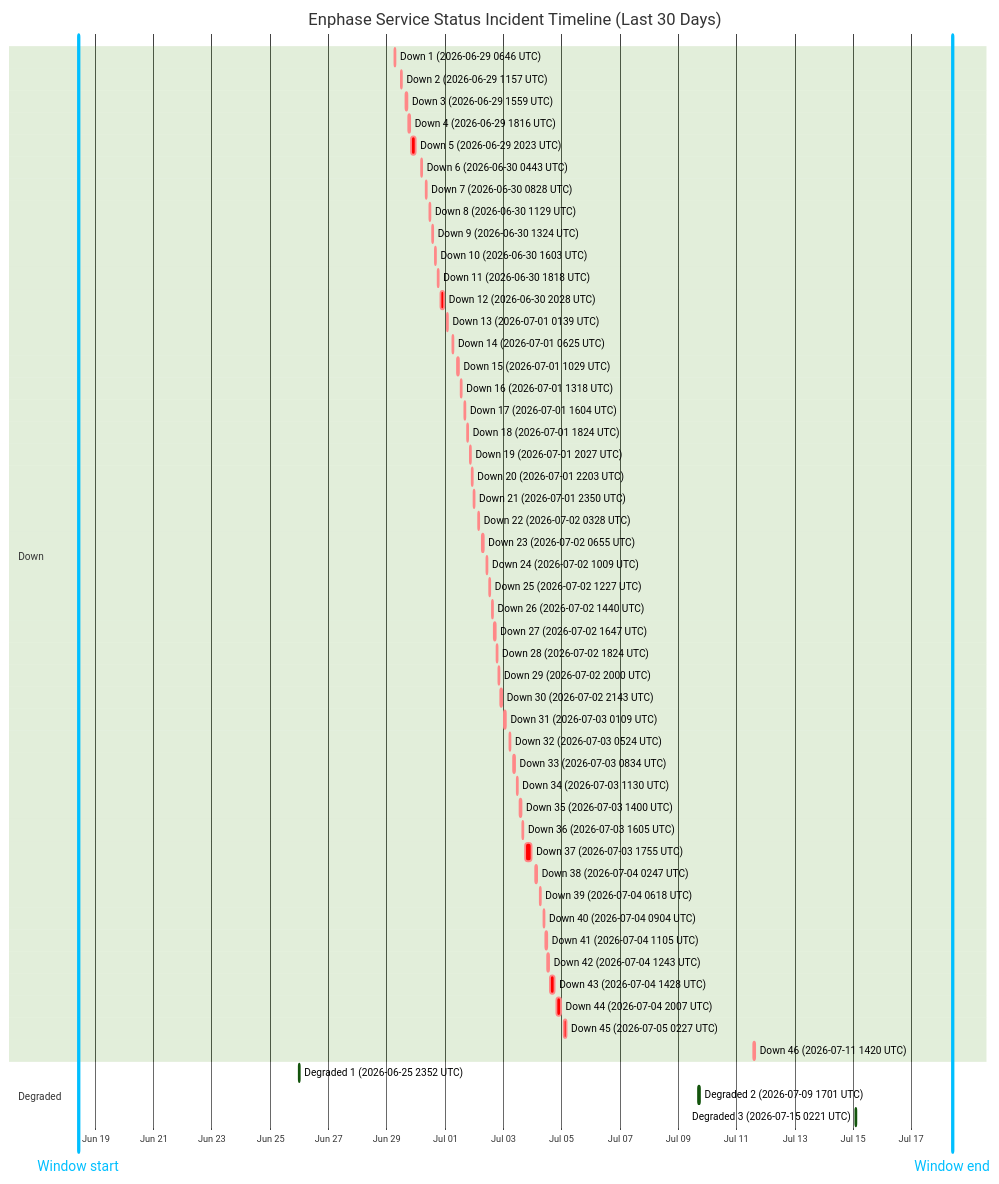
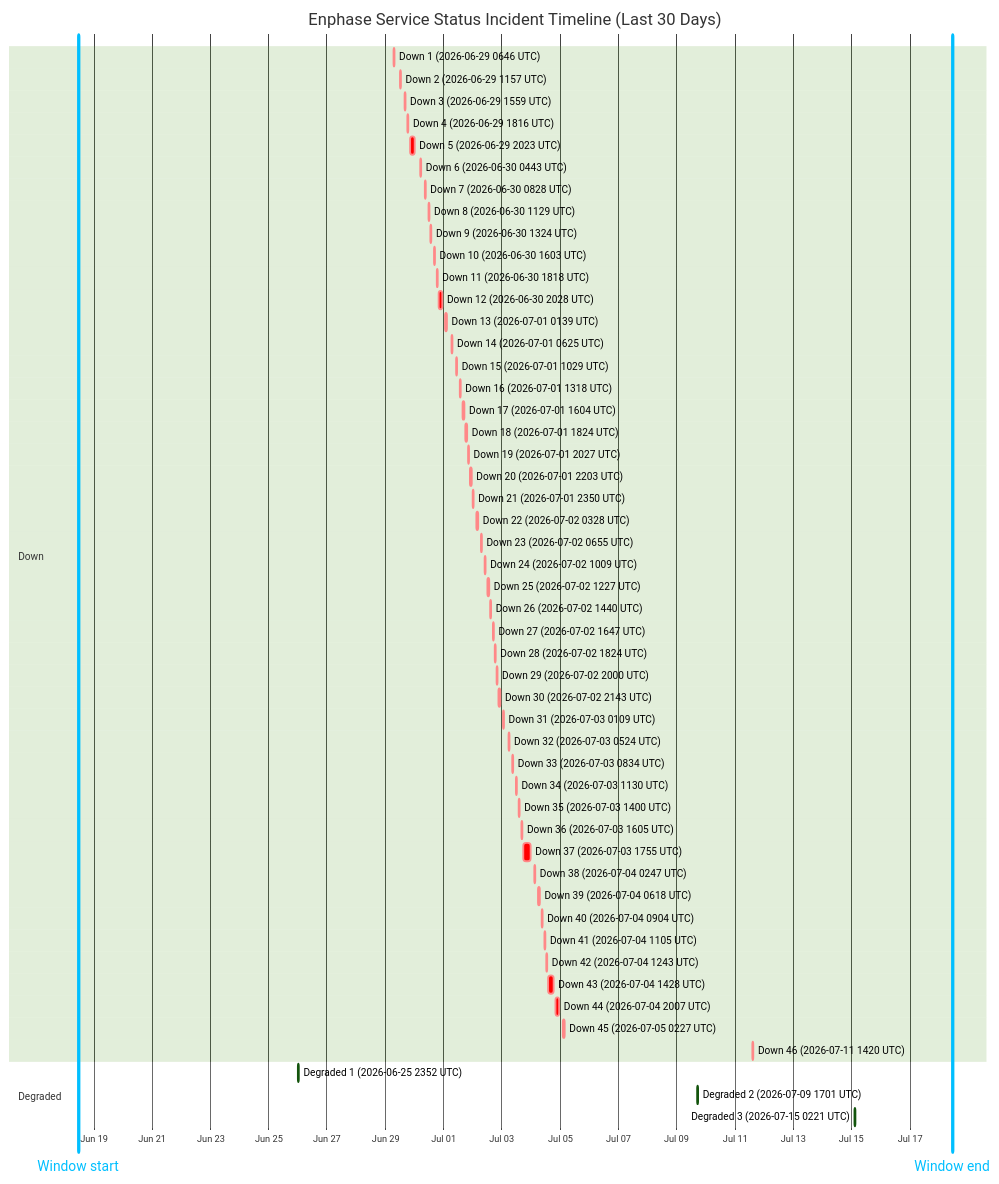
The diagram in wiki/Service-Status-History.md (barneyonline/ha-enphase-energy), drawn with Mermaid (forest theme) before and after one commit. The commit also changed other lines of this file and 3 other files, not shown here.

````diff
--- a/wiki/Service-Status-History.md
+++ b/wiki/Service-Status-History.md
@@ -14,59 +14,59 @@
 ```mermaid
 gantt
     title Enphase Service Status Incident Timeline (Last 30 Days)
     dateFormat  YYYY-MM-DDTHH:mm:ss
     axisFormat  %b %d
-    Window start :vert, window-start, 2026-06-18T09:55:27, 0ms
-    Window end :vert, window-end, 2026-07-18T09:55:27, 0ms
+    Window start :vert, window-start, 2026-06-18T11:02:24, 0ms
+    Window end :vert, window-end, 2026-07-18T11:02:24, 0ms
     section Down
     Down 1 (2026-06-29 0646 UTC) :crit, down-1, 2026-06-29T06:46:18, 60m
     Down 2 (2026-06-29 1157 UTC) :crit, down-2, 2026-06-29T11:57:36, 60m
     Down 3 (2026-06-29 1559 UTC) :crit, down-3, 2026-06-29T15:59:02, 60m
     Down 4 (2026-06-29 1816 UTC) :crit, down-4, 2026-06-29T18:16:38, 60m
     Down 5 (2026-06-29 2023 UTC) :crit, down-5, 2026-06-29T20:23:16, 220m
     Down 6 (2026-06-30 0443 UTC) :crit, down-6, 2026-06-30T04:43:54, 60m
     Down 7 (2026-06-30 0828 UTC) :crit, down-7, 2026-06-30T08:28:43, 60m
     Down 8 (2026-06-30 1129 UTC) :crit, down-8, 2026-06-30T11:29:15, 60m
     Down 9 (2026-06-30 1324 UTC) :crit, down-9, 2026-06-30T13:24:25, 60m
     Down 10 (2026-06-30 1603 UTC) :crit, down-10, 2026-06-30T16:03:26, 60m
     Down 11 (2026-06-30 1818 UTC) :crit, down-11, 2026-06-30T18:18:39, 60m
     Down 12 (2026-06-30 2028 UTC) :crit, down-12, 2026-06-30T20:28:54, 171m
     Down 13 (2026-07-01 0139 UTC) :crit, down-13, 2026-07-01T01:39:18, 60m
     Down 14 (2026-07-01 0625 UTC) :crit, down-14, 2026-07-01T06:25:35, 60m
     Down 15 (2026-07-01 1029 UTC) :crit, down-15, 2026-07-01T10:29:24, 60m
     Down 16 (2026-07-01 1318 UTC) :crit, down-16, 2026-07-01T13:18:31, 60m
     Down 17 (2026-07-01 1604 UTC) :crit, down-17, 2026-07-01T16:04:29, 60m
     Down 18 (2026-07-01 1824 UTC) :crit, down-18, 2026-07-01T18:24:21, 60m
     Down 19 (2026-07-01 2027 UTC) :crit, down-19, 2026-07-01T20:27:17, 60m
     Down 20 (2026-07-01 2203 UTC) :crit, down-20, 2026-07-01T22:03:46, 60m
     Down 21 (2026-07-01 2350 UTC) :crit, down-21, 2026-07-01T23:50:52, 60m
     Down 22 (2026-07-02 0328 UTC) :crit, down-22, 2026-07-02T03:28:33, 60m
     Down 23 (2026-07-02 0655 UTC) :crit, down-23, 2026-07-02T06:55:07, 60m
     Down 24 (2026-07-02 1009 UTC) :crit, down-24, 2026-07-02T10:09:15, 60m
     Down 25 (2026-07-02 1227 UTC) :crit, down-25, 2026-07-02T12:27:49, 60m
     Down 26 (2026-07-02 1440 UTC) :crit, down-26, 2026-07-02T14:40:53, 60m
     Down 27 (2026-07-02 1647 UTC) :crit, down-27, 2026-07-02T16:47:47, 60m
     Down 28 (2026-07-02 1824 UTC) :crit, down-28, 2026-07-02T18:24:26, 60m
     Down 29 (2026-07-02 2000 UTC) :crit, down-29, 2026-07-02T20:00:57, 60m
     Down 30 (2026-07-02 2143 UTC) :crit, down-30, 2026-07-02T21:43:52, 80m
     Down 31 (2026-07-03 0109 UTC) :crit, down-31, 2026-07-03T01:09:19, 60m
     Down 32 (2026-07-03 0524 UTC) :crit, down-32, 2026-07-03T05:24:23, 60m
     Down 33 (2026-07-03 0834 UTC) :crit, down-33, 2026-07-03T08:34:05, 60m
     Down 34 (2026-07-03 1130 UTC) :crit, down-34, 2026-07-03T11:30:41, 60m
     Down 35 (2026-07-03 1400 UTC) :crit, down-35, 2026-07-03T14:00:48, 60m
     Down 36 (2026-07-03 1605 UTC) :crit, down-36, 2026-07-03T16:05:49, 60m
     Down 37 (2026-07-03 1755 UTC) :crit, down-37, 2026-07-03T17:55:54, 338m
     Down 38 (2026-07-04 0247 UTC) :crit, down-38, 2026-07-04T02:47:22, 60m
     Down 39 (2026-07-04 0618 UTC) :crit, down-39, 2026-07-04T06:18:09, 60m
     Down 40 (2026-07-04 0904 UTC) :crit, down-40, 2026-07-04T09:04:41, 60m
     Down 41 (2026-07-04 1105 UTC) :crit, down-41, 2026-07-04T11:05:21, 60m
     Down 42 (2026-07-04 1243 UTC) :crit, down-42, 2026-07-04T12:43:25, 60m
     Down 43 (2026-07-04 1428 UTC) :crit, down-43, 2026-07-04T14:28:07, 243m
     Down 44 (2026-07-04 2007 UTC) :crit, down-44, 2026-07-04T20:07:50, 206m
     Down 45 (2026-07-05 0227 UTC) :crit, down-45, 2026-07-05T02:27:32, 109m
     Down 46 (2026-07-11 1420 UTC) :crit, down-46, 2026-07-11T14:20:54, 69m
     section Degraded
     Degraded 1 (2026-06-25 2352 UTC) :active, degraded-1, 2026-06-25T23:52:01, 60m
     Degraded 2 (2026-07-09 1701 UTC) :active, degraded-2, 2026-07-09T17:01:02, 60m
     Degraded 3 (2026-07-15 0221 UTC) :active, degraded-3, 2026-07-15T02:21:35, 60m
 ```
````
